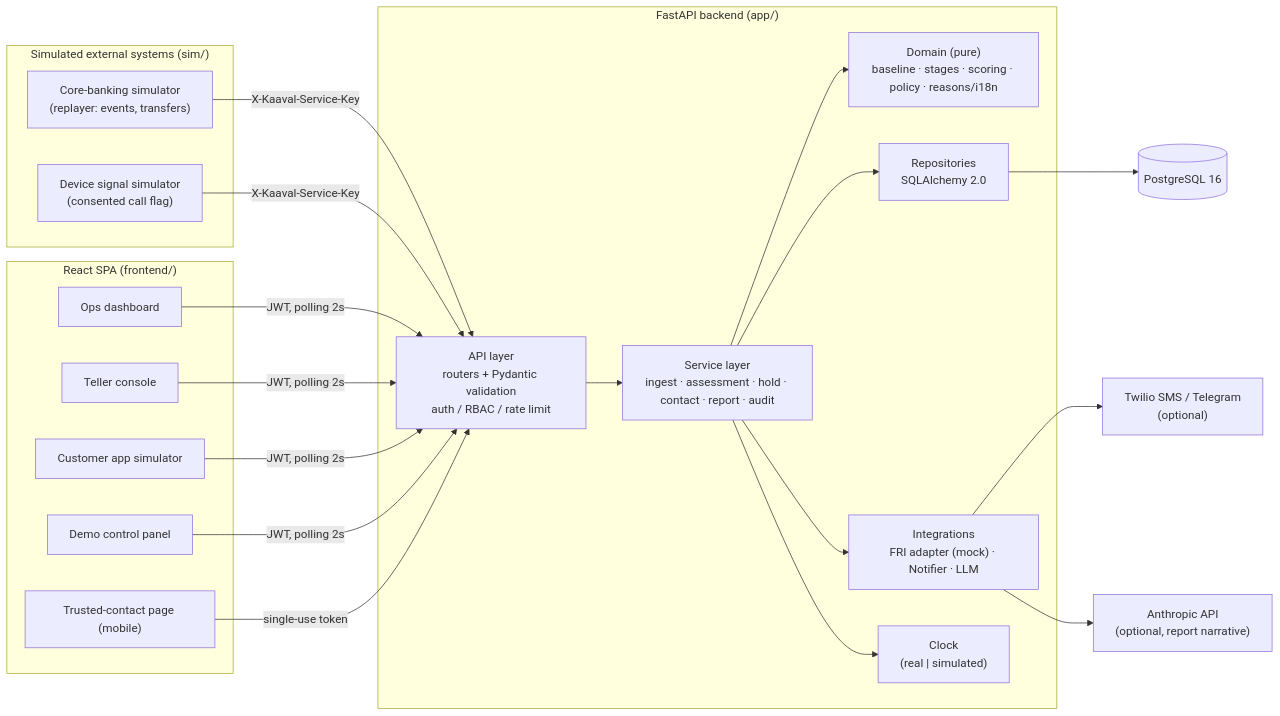
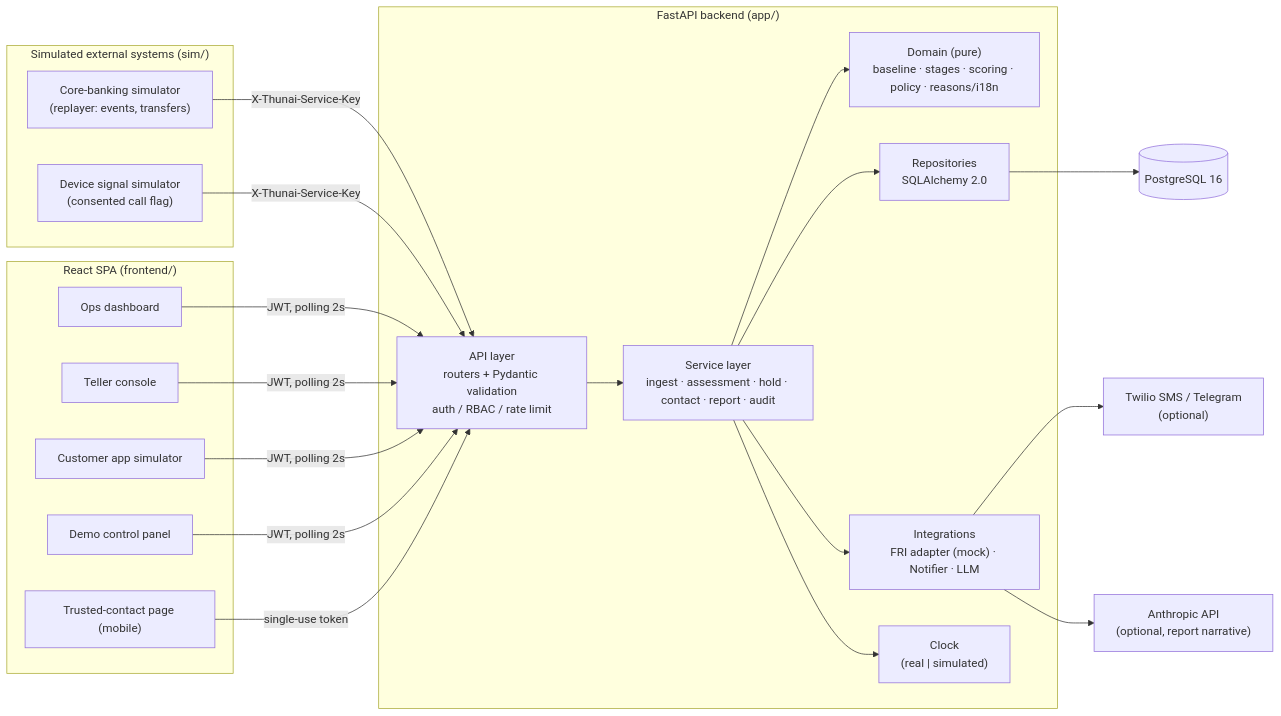
The first of 5 diagrams in ARCHITECTURE.md (Aksh6472/Thunai), drawn with Mermaid before and after one commit. The commit also changed other lines of this file and 36 other files, not shown here.

First line of the commit message:
refactor: rename product Kaaval AI -> Thunai (full rename, ADR-019)

````diff
--- a/ARCHITECTURE.md
+++ b/ARCHITECTURE.md
@@ -9,40 +9,40 @@
 ```mermaid
 flowchart LR
   subgraph Simulated_External["Simulated external systems (sim/)"]
     CBS["Core-banking simulator<br/>(replayer: events, transfers)"]
     PHONE["Device signal simulator<br/>(consented call flag)"]
   end
 
   subgraph Backend["FastAPI backend (app/)"]
     API["API layer<br/>routers + Pydantic validation<br/>auth / RBAC / rate limit"]
     SVC["Service layer<br/>ingest · assessment · hold · contact · report · audit"]
     DOM["Domain (pure)<br/>baseline · stages · scoring · policy · reasons/i18n"]
     REPO["Repositories<br/>SQLAlchemy 2.0"]
     INT["Integrations<br/>FRI adapter (mock) · Notifier · LLM"]
     CLK["Clock<br/>(real | simulated)"]
   end
 
   DB[("PostgreSQL 16")]
 
   subgraph Frontend["React SPA (frontend/)"]
     OPS["Ops dashboard"]
     TEL["Teller console"]
     CUS["Customer app simulator"]
     TRU["Trusted-contact page (mobile)"]
     DEM["Demo control panel"]
   end
 
   SMS["Twilio SMS / Telegram<br/>(optional)"]
   LLM["Anthropic API<br/>(optional, report narrative)"]
 
-  CBS -- "X-Kaaval-Service-Key" --> API
-  PHONE -- "X-Kaaval-Service-Key" --> API
+  CBS -- "X-Thunai-Service-Key" --> API
+  PHONE -- "X-Thunai-Service-Key" --> API
   OPS & TEL & CUS & DEM -- "JWT, polling 2s" --> API
   TRU -- "single-use token" --> API
   API --> SVC --> DOM
   SVC --> REPO --> DB
   SVC --> INT
   SVC --> CLK
   INT --> SMS
   INT --> LLM
 ```
````
